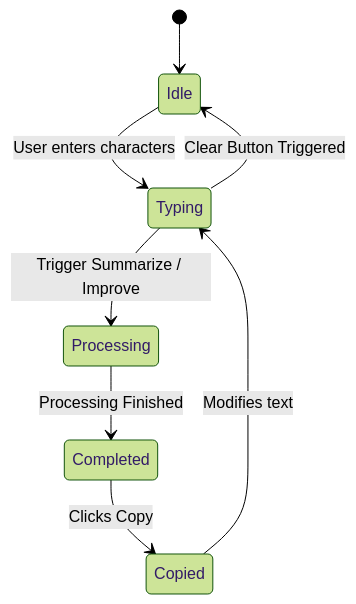
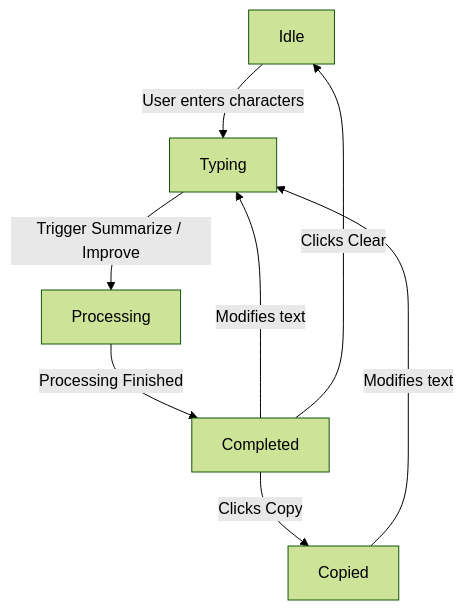
One commit to tanush326k/Smartnotes changed the fourth of 7 diagrams in README.md. Above: the diagram before and after it, drawn with Mermaid (forest theme). The commit also changed other lines of this file, not shown here.

Commit message:
docs: Fix Mermaid syntax to render perfectly on GitHub

````diff
--- a/README.md
+++ b/README.md
@@ -137,10 +133,10 @@
 ```mermaid
-stateDiagram-v2
-    [*] --> Idle
-    Idle --> Typing : User enters characters
-    Typing --> Processing : Trigger Summarize / Improve
-    Processing --> Completed : Processing Finished
-    Completed --> Copied : Clicks Copy
-    Copied --> Typing : Modifies text
-    Typing --> Idle : Clear Button Triggered
+graph TD
+    IdleState[Idle] -->|User enters characters| TypingState[Typing]
+    TypingState -->|Trigger Summarize / Improve| ProcessingState[Processing]
+    ProcessingState -->|Processing Finished| CompletedState[Completed]
+    CompletedState -->|Clicks Copy| CopiedState[Copied]
+    CopiedState -->|Modifies text| TypingState
+    CompletedState -->|Modifies text| TypingState
+    CompletedState -->|Clicks Clear| IdleState
 ```
````
